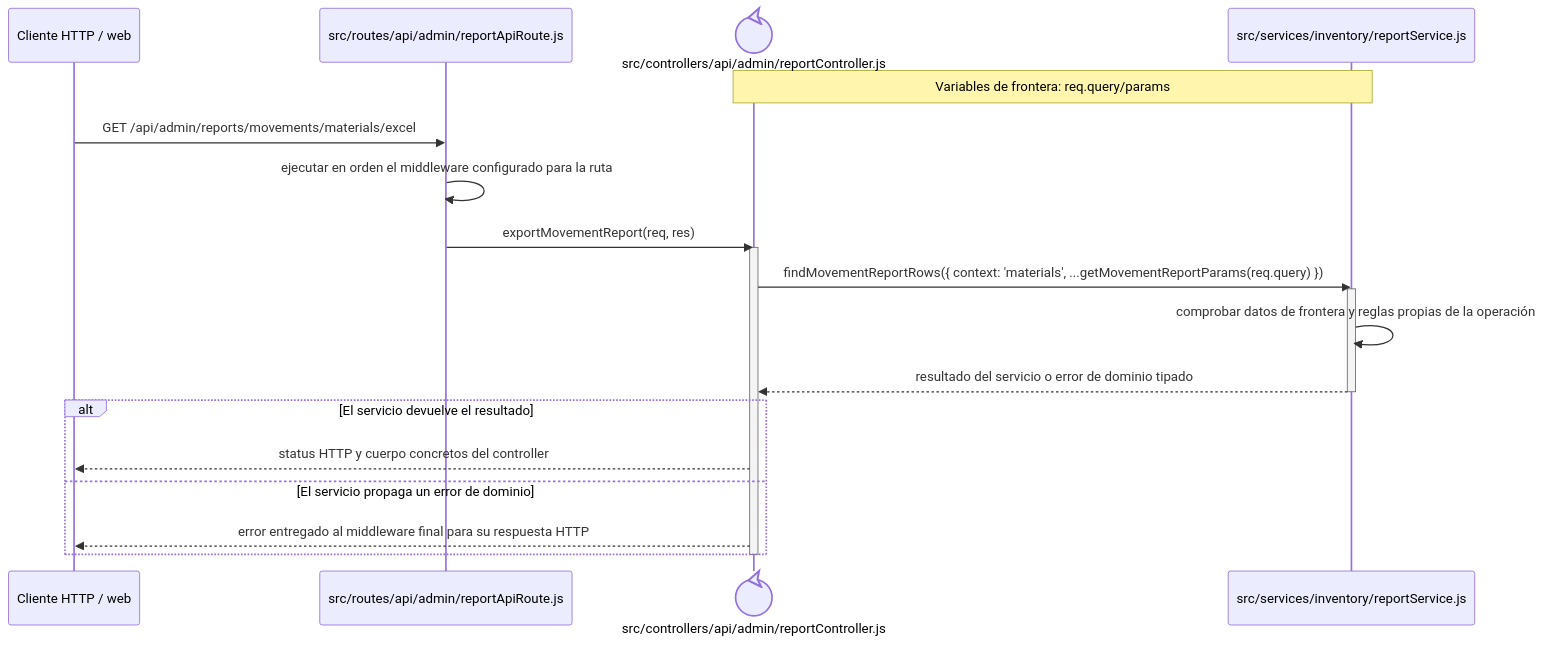
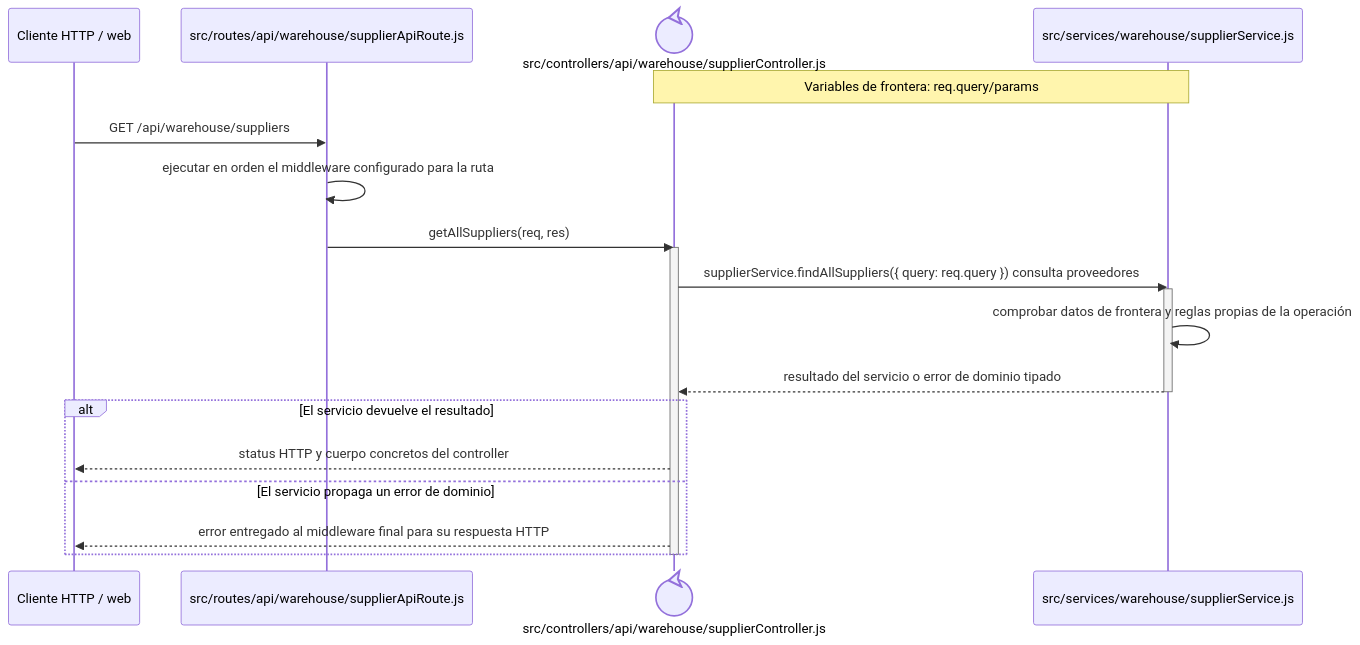
The diagram in docs/architecture/backend-code-sequences/catalogs/cu-cat-09.md (gpgsistemas01/nexus), drawn with Mermaid before and after one commit. The commit also changed other lines of this file and 207 other files, not shown here.

````diff
--- a/docs/architecture/backend-code-sequences/catalogs/cu-cat-09.md
+++ b/docs/architecture/backend-code-sequences/catalogs/cu-cat-09.md
@@ -6,24 +6,24 @@
 ```mermaid
 sequenceDiagram
     participant Client as Cliente HTTP / web
-    participant Route as src/routes/api/admin/reportApiRoute.js
-    participant Controller@{ "type": "control" } as src/controllers/api/admin/reportController.js
-    participant Domain as src/services/inventory/reportService.js
+    participant Route as src/routes/api/warehouse/supplierApiRoute.js
+    participant Controller@{ "type": "control" } as src/controllers/api/warehouse/supplierController.js
+    participant Domain as src/services/warehouse/supplierService.js
     Note over Controller,Domain: Variables de frontera: req.query/params
 
-    Client->>Route: GET /api/admin/reports/movements/materials/excel
+    Client->>Route: GET /api/warehouse/suppliers
     Route->>Route: ejecutar en orden el middleware configurado para la ruta
-    Route->>Controller: exportMovementReport(req, res)
+    Route->>Controller: getAllSuppliers(req, res)
     activate Controller
-    Controller->>Domain: findMovementReportRows({ context: 'materials', ...getMovementReportParams(req.query) })
+    Controller->>Domain: supplierService.findAllSuppliers({ query: req.query }) consulta proveedores
     activate Domain
     Domain->>Domain: comprobar datos de frontera y reglas propias de la operación
     Domain-->>Controller: resultado del servicio o error de dominio tipado
     deactivate Domain
     alt El servicio devuelve el resultado
         Controller-->>Client: status HTTP y cuerpo concretos del controller
     else El servicio propaga un error de dominio
         Controller-->>Client: error entregado al middleware final para su respuesta HTTP
     end
     deactivate Controller
 ```
````
